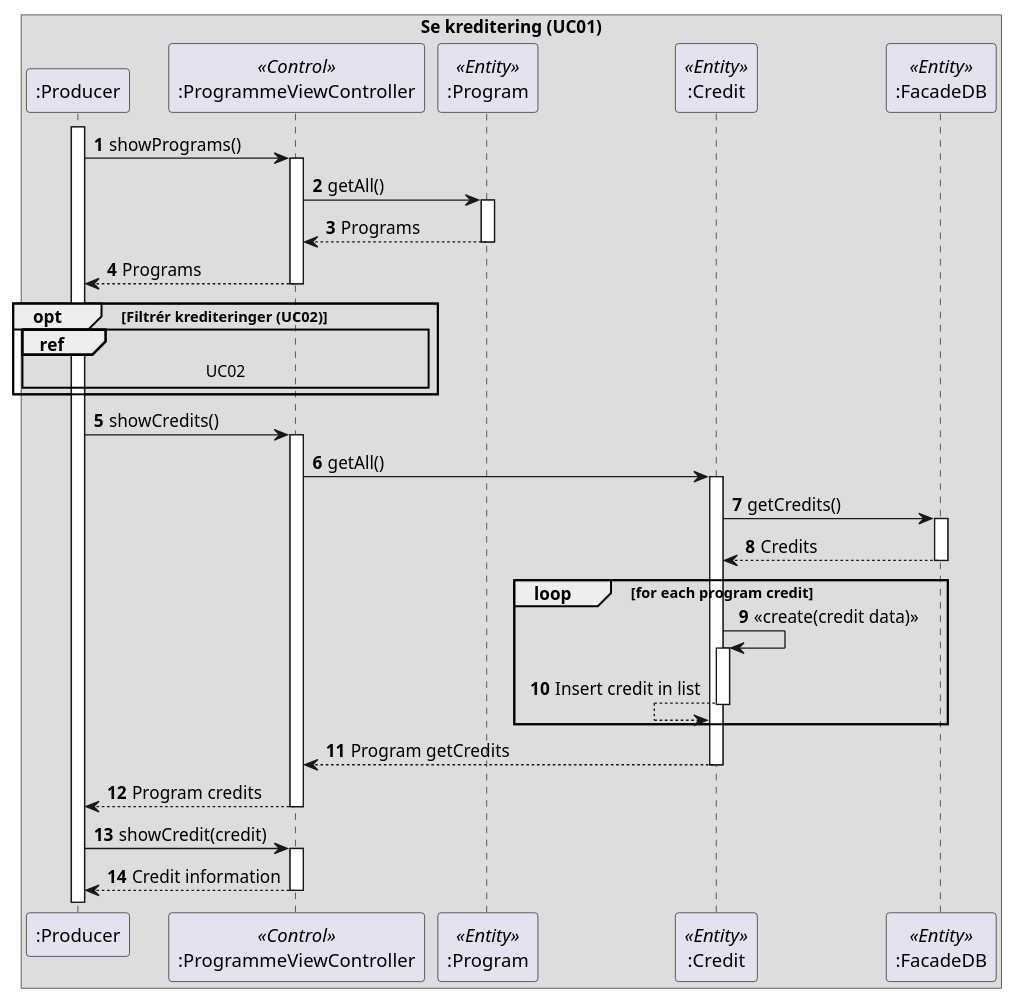
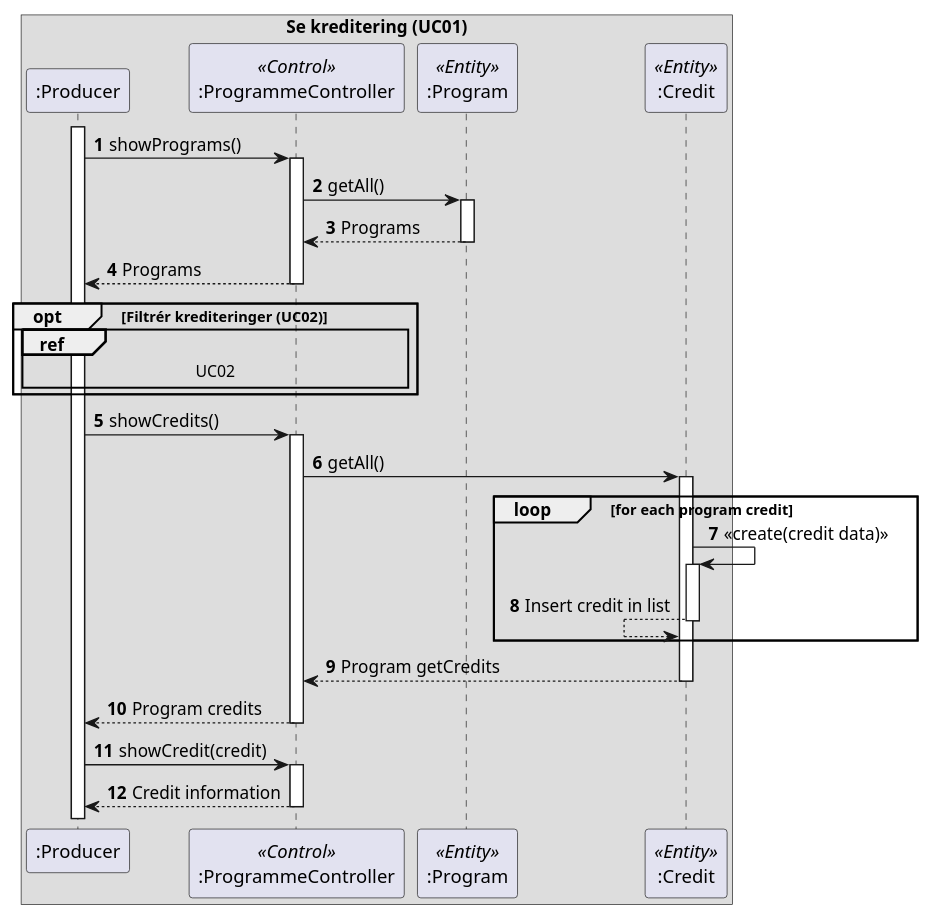
Before and after one commit to Berkanktk/SE02-SE-G02-SPRO: the diagram in uml/sequence_diagrams/operation/UC01_show_credit.puml, drawn with PlantUML. The commit also changed 5 other files, not shown here.

```diff
--- a/uml/sequence_diagrams/operation/UC01_show_credit.puml
+++ b/uml/sequence_diagrams/operation/UC01_show_credit.puml
@@ -1,56 +1,51 @@
 @startuml
 'https://plantuml.com/sequence-diagram
 
 autonumber
 
 box Se kreditering (UC01)
     participant ":Producer" as producer
-    participant ":ProgrammeViewController" as programController <<Control>>
+    participant ":ProgrammeController" as programController <<Control>>
     participant ":Program" as program <<Entity>>
     participant ":Credit" as credit <<Entity>>
-    participant ":FacadeDB" as db <<Entity>>
 end box
 
 activate producer
 producer -> programController : showPrograms()
 activate programController
 programController -> program : getAll()
 activate program
 programController <-- program : Programs
 deactivate program
 producer <-- programController : Programs
 deactivate programController
 
 opt Filtrér krediteringer (UC02)
     ref over producer, programController : UC02
 end
 
 producer -> programController : showCredits()
 activate programController
 programController -> credit : getAll()
 activate credit
 
-credit -> db : getCredits()
-activate db
-credit <-- db : Credits
-deactivate db
 
 loop for each program credit
 credit -> credit : <<create(credit data)>>
 activate credit
 credit <-- credit : Insert credit in list
 deactivate credit
 end
 
 programController <-- credit : Program getCredits
 deactivate credit
 producer <-- programController : Program credits
 deactivate programController
 
 producer -> programController : showCredit(credit)
 activate programController
 
 producer <-- programController : Credit information
 deactivate programController
 
 @enduml
```
